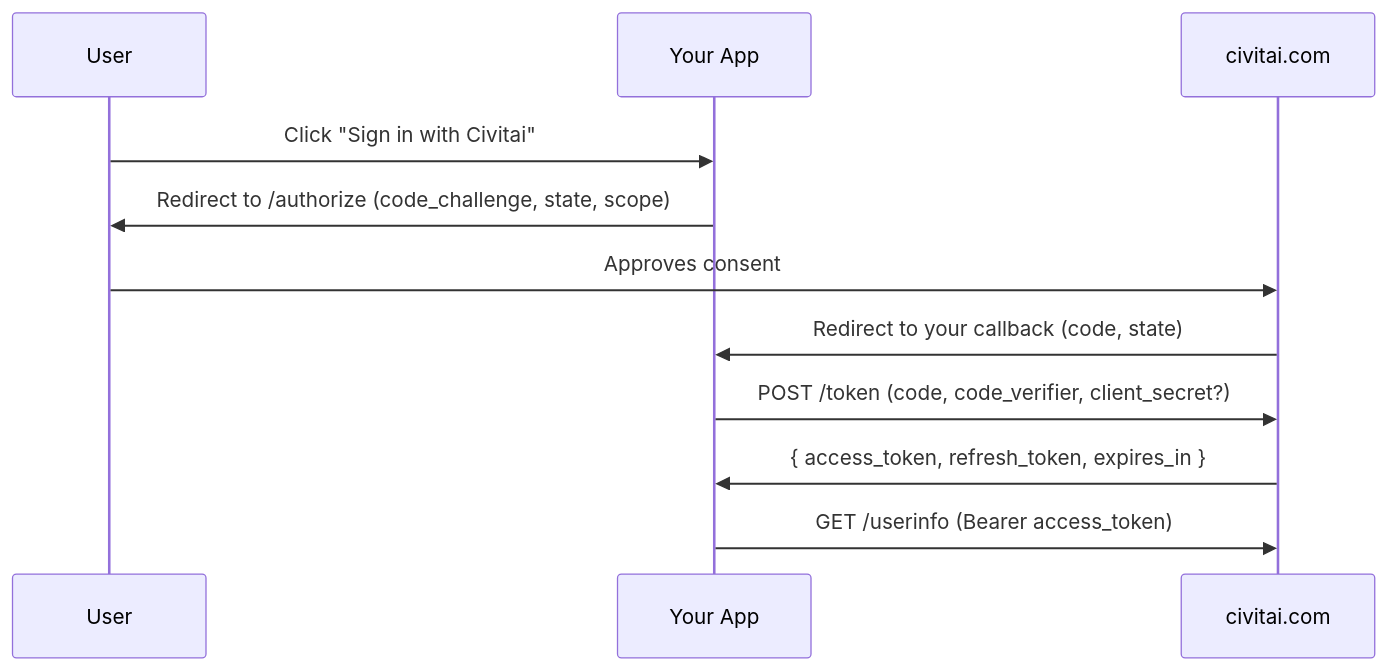
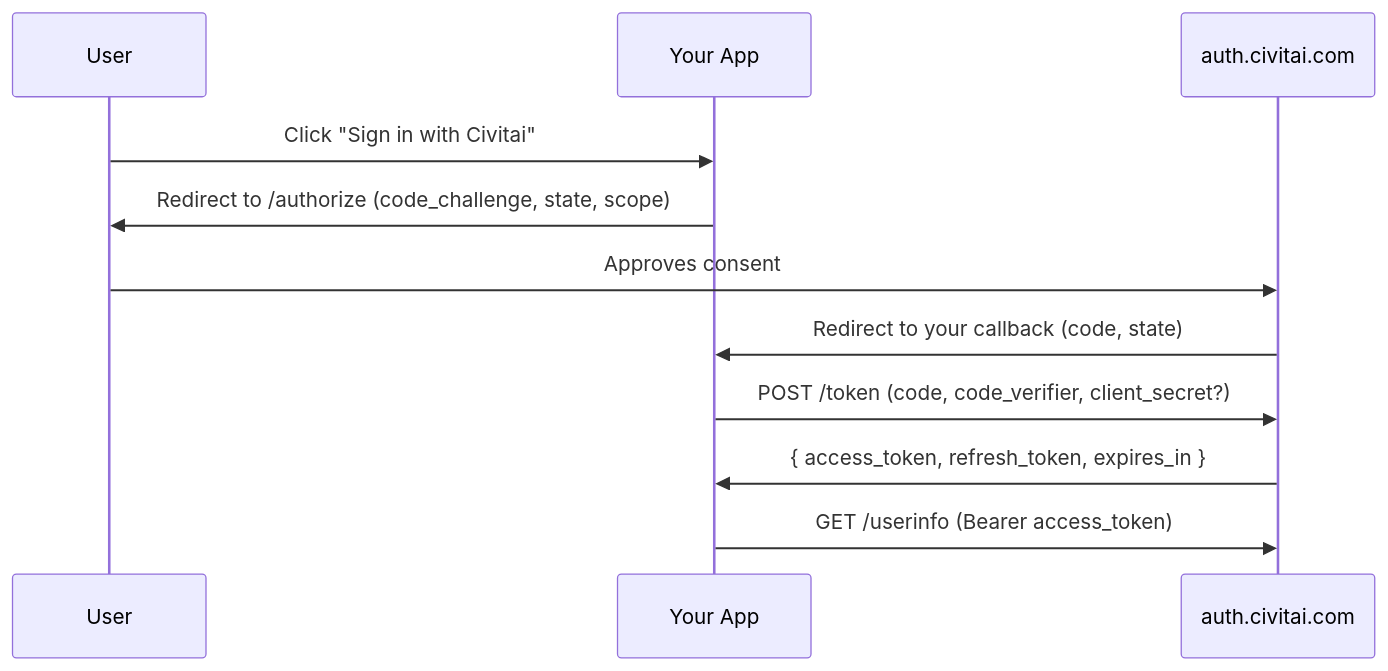
Before and after one commit to civitai/civitai-developer-docs: the diagram in site/oauth/index.md, drawn with Mermaid. The commit also changed other lines of this file and 2 other files, not shown here.

Commit message:
docs(oauth): update base URL to auth.civitai.com and clarify legacy redirect implications

````diff
--- a/site/oauth/index.md
+++ b/site/oauth/index.md
@@ -30,13 +31,13 @@
 ```mermaid
 sequenceDiagram
     participant U as User
     participant A as Your App
-    participant C as civitai.com
+    participant C as auth.civitai.com
     U->>A: Click "Sign in with Civitai"
     A->>U: Redirect to /authorize (code_challenge, state, scope)
     U->>C: Approves consent
     C->>A: Redirect to your callback (code, state)
     A->>C: POST /token (code, code_verifier, client_secret?)
     C->>A: { access_token, refresh_token, expires_in }
     A->>C: GET /userinfo (Bearer access_token)
 ```
````
